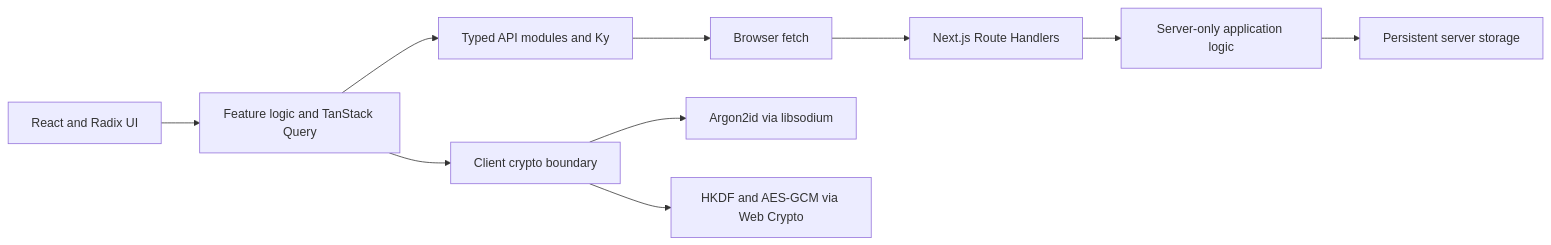
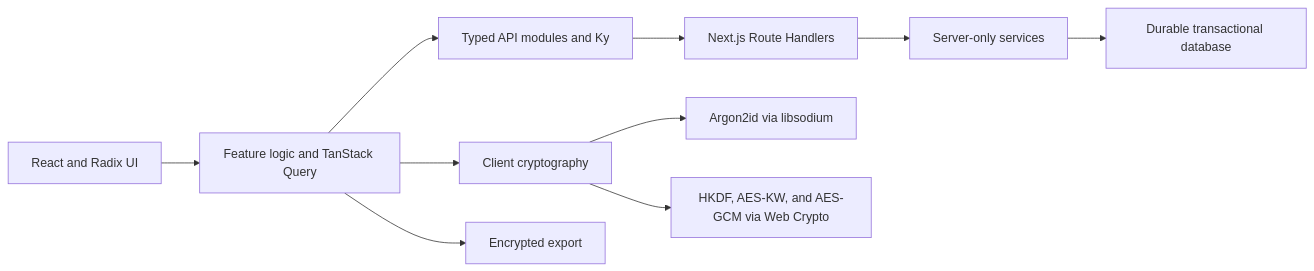
One commit to santiagoa58/blind-journal changed the diagram in README.md. Above: the diagram before and after it, drawn with Mermaid. The commit also changed other lines of this file and 42 other files, not shown here.

````diff
--- a/README.md
+++ b/README.md
@@ -131,14 +188,13 @@
 ```mermaid
 flowchart LR
     UI["React and Radix UI"] --> State["Feature logic and TanStack Query"]
     State --> API["Typed API modules and Ky"]
-    API --> Fetch["Browser fetch"]
-    Fetch --> Routes["Next.js Route Handlers"]
-    Routes --> Server["Server-only application logic"]
-    Server --> Store["Persistent server storage"]
+    API --> Routes["Next.js Route Handlers"]
+    Routes --> Services["Server-only services"]
+    Services --> Database["Durable transactional database"]
 
-    State --> Crypto["Client crypto boundary"]
+    State --> Crypto["Client cryptography"]
     Crypto --> Sodium["Argon2id via libsodium"]
-    Crypto --> WebCrypto["HKDF and AES-GCM via Web Crypto"]
-
+    Crypto --> WebCrypto["HKDF, AES-KW, and AES-GCM via Web Crypto"]
+    State --> Export["Encrypted export"]
 ```
````
